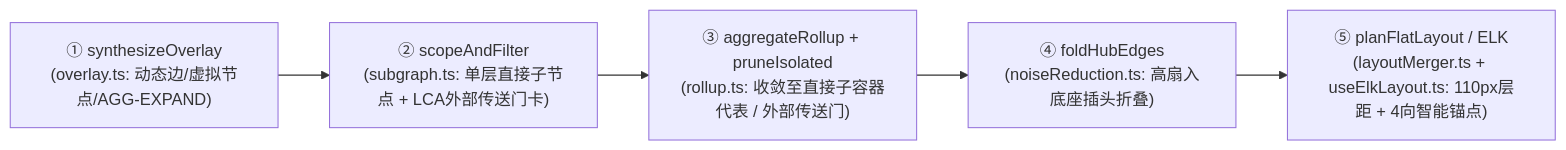
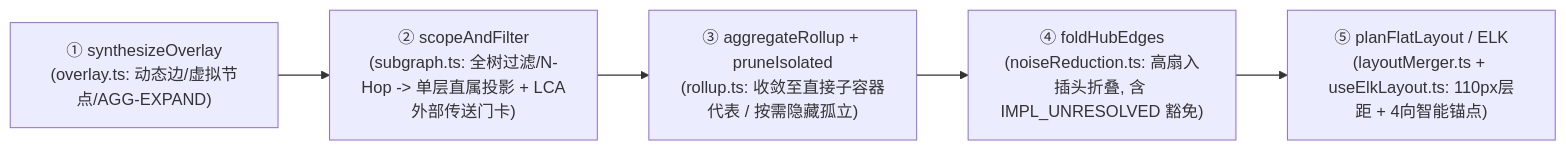
The diagram in docs/05-adr/17-topology-single-layer-drilldown-and-layout-ux-adr.md (fugui/code-traefik), drawn with Mermaid before and after one commit. The commit also changed other lines of this file and 6 other files, not shown here.

````diff
--- a/docs/05-adr/17-topology-single-layer-drilldown-and-layout-ux-adr.md
+++ b/docs/05-adr/17-topology-single-layer-drilldown-and-layout-ux-adr.md
@@ -63,7 +64,7 @@
 ```mermaid
 flowchart LR
-    S1["① synthesizeOverlay<br/>(overlay.ts: 动态边/虚拟节点/AGG-EXPAND)"] --> S2["② scopeAndFilter<br/>(subgraph.ts: 单层直接子节点 + LCA外部传送门卡)"]
-    S2 --> S3["③ aggregateRollup + pruneIsolated<br/>(rollup.ts: 收敛至直接子容器代表 / 外部传送门)"]
-    S3 --> S4["④ foldHubEdges<br/>(noiseReduction.ts: 高扇入底座插头折叠)"]
+    S1["① synthesizeOverlay<br/>(overlay.ts: 动态边/虚拟节点/AGG-EXPAND)"] --> S2["② scopeAndFilter<br/>(subgraph.ts: 全树过滤/N-Hop -> 单层直属投影 + LCA外部传送门卡)"]
+    S2 --> S3["③ aggregateRollup + pruneIsolated<br/>(rollup.ts: 收敛至直接子容器代表 / 按需隐藏孤立)"]
+    S3 --> S4["④ foldHubEdges<br/>(noiseReduction.ts: 高扇入插头折叠, 含 IMPL_UNRESOLVED 豁免)"]
     S4 --> S5["⑤ planFlatLayout / ELK<br/>(layoutMerger.ts + useElkLayout.ts: 110px层距 + 4向智能锚点)"]
 ```
````
